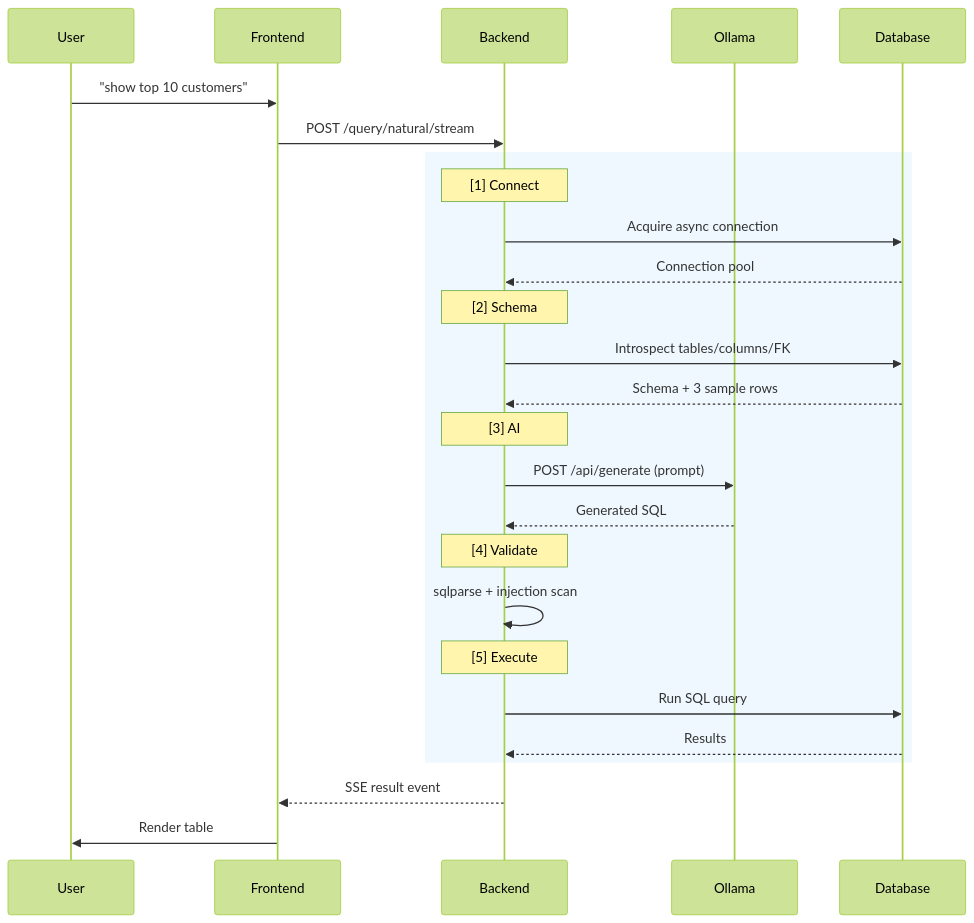
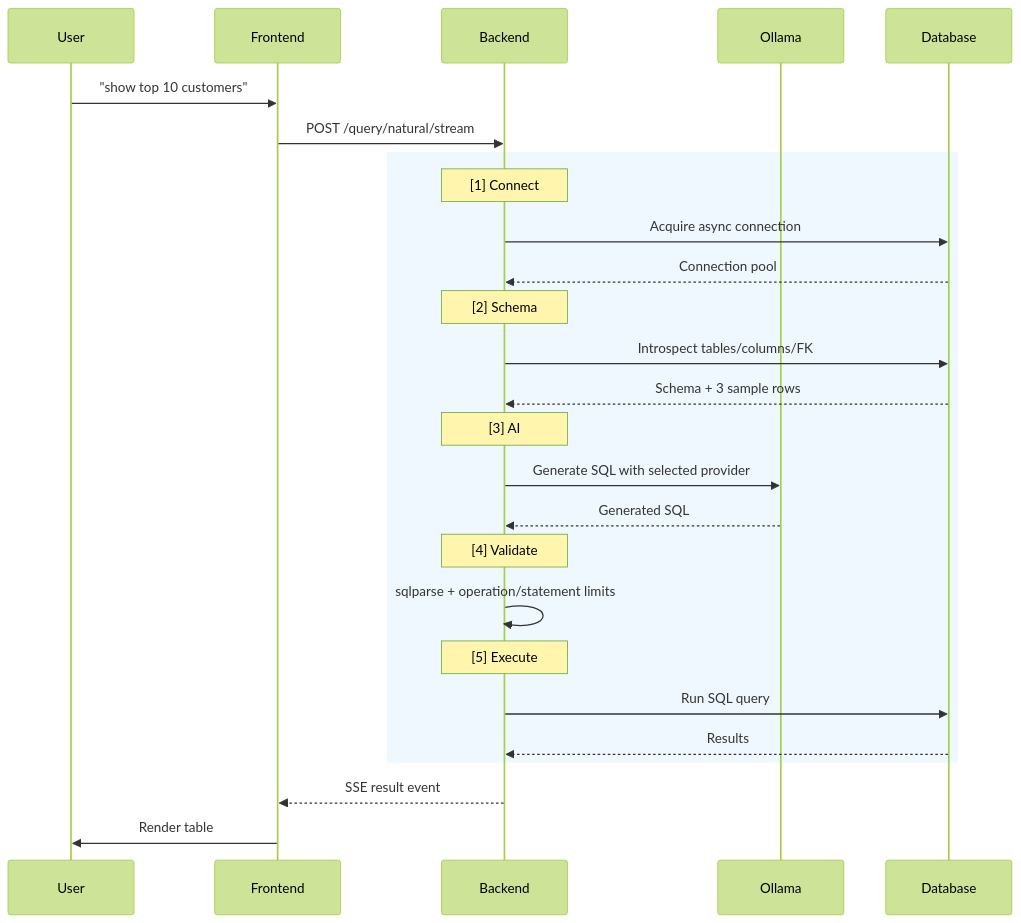
Before and after one commit to jmanoj0905/natural-language-sql: the diagram in README.md, drawn with Mermaid (forest theme). The commit also changed other lines of this file and 41 other files, not shown here.

````diff
--- a/README.md
+++ b/README.md
@@ -321,35 +219,35 @@
 ```mermaid
 sequenceDiagram
     participant U as User
     participant F as Frontend
     participant B as Backend
     participant O as Ollama
     participant D as Database
 
     U->>F: "show top 10 customers"
     F->>B: POST /query/natural/stream
     
     rect rgb(240, 248, 255)
         Note over B: [1] Connect
         B->>D: Acquire async connection
         D-->>B: Connection pool
         
         Note over B: [2] Schema
         B->>D: Introspect tables/columns/FK
         D-->>B: Schema + 3 sample rows
         
         Note over B: [3] AI
-        B->>O: POST /api/generate (prompt)
+        B->>O: Generate SQL with selected provider
         O-->>B: Generated SQL
         
         Note over B: [4] Validate
-        B->>B: sqlparse + injection scan
+        B->>B: sqlparse + operation/statement limits
         
         Note over B: [5] Execute
         B->>D: Run SQL query
         D-->>B: Results
     end
     
     B-->>F: SSE result event
     F->>U: Render table
 ```
````
